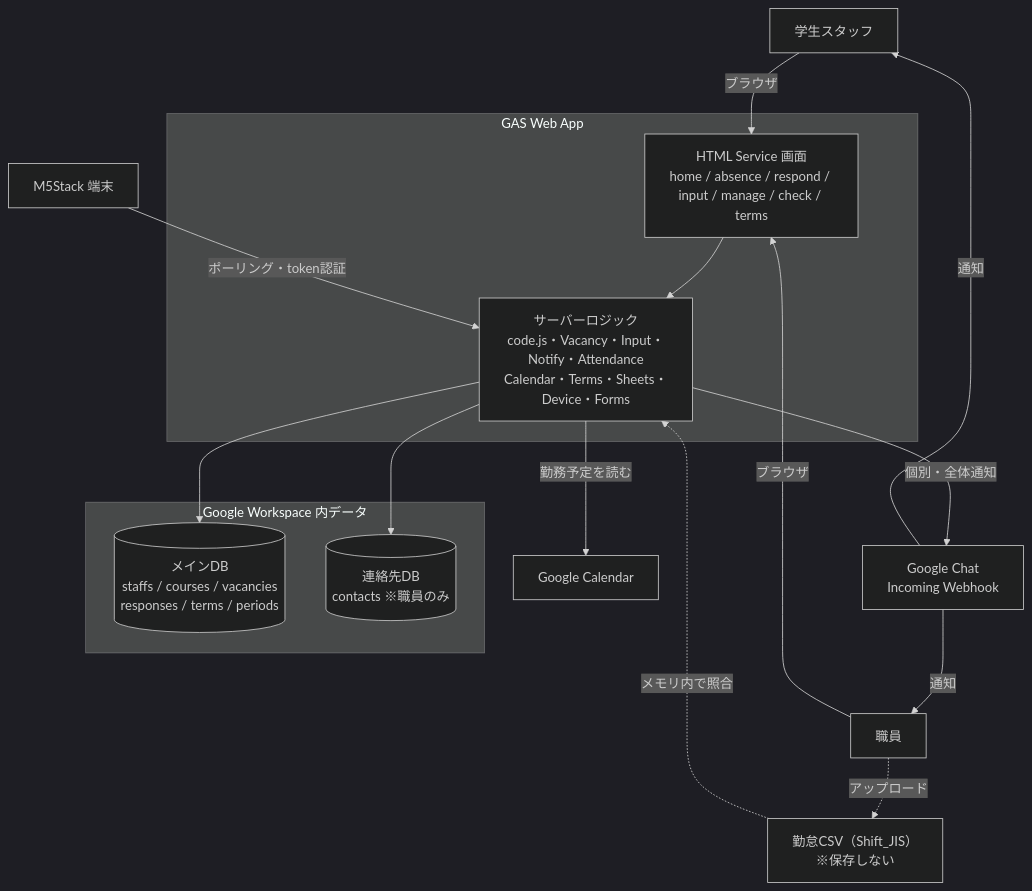
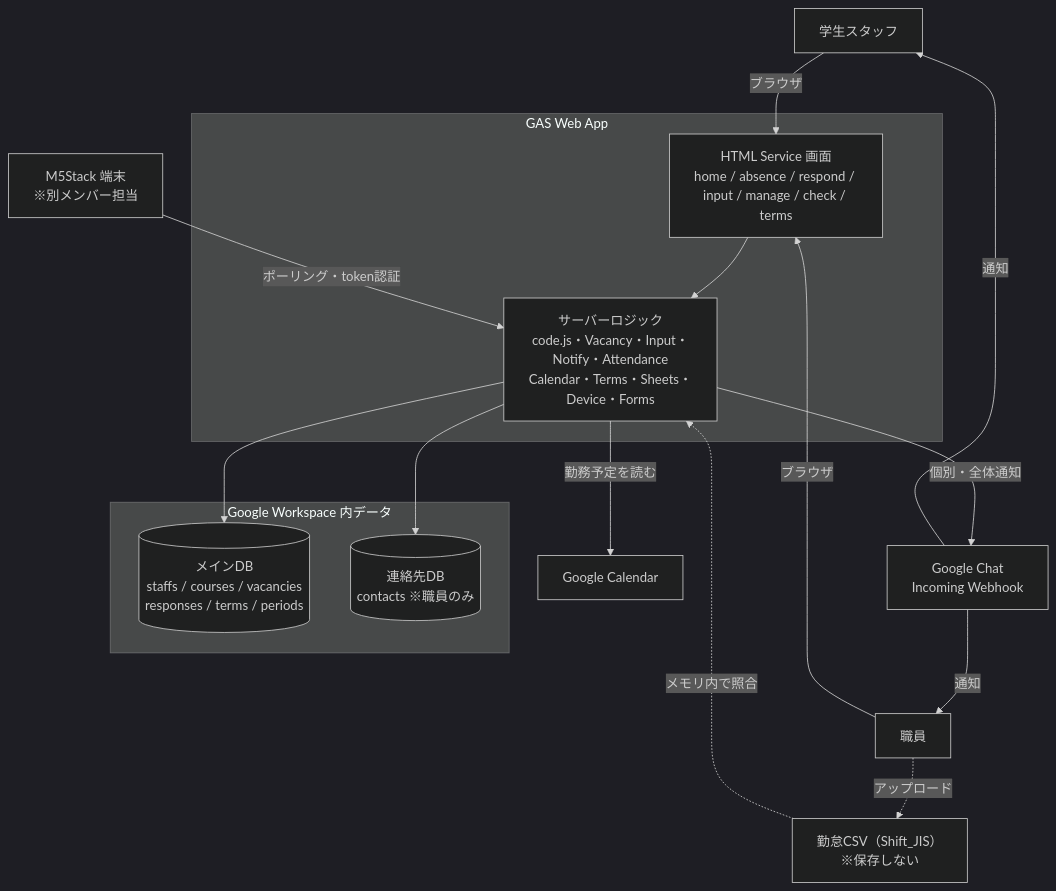
One commit to Nakano-official/takeover changed the second of 3 diagrams in README.md. Above: the diagram before and after it, drawn with Mermaid (dark theme). The commit also changed other lines of this file and 2 other files, not shown here.

````diff
--- a/README.md
+++ b/README.md
@@ -122,34 +122,34 @@
 ```mermaid
 flowchart TB
   S["学生スタッフ"]
   T["職員"]
-  D["M5Stack 端末"]
+  D["M5Stack 端末<br/>※別メンバー担当"]
 
   subgraph App["GAS Web App"]
     UI["HTML Service 画面<br/>home / absence / respond / input / manage / check / terms"]
     Logic["サーバーロジック<br/>code.js・Vacancy・Input・Notify・Attendance<br/>Calendar・Terms・Sheets・Device・Forms"]
     UI --> Logic
   end
 
   subgraph DataLayer["Google Workspace 内データ"]
     M[("メインDB<br/>staffs / courses / vacancies<br/>responses / terms / periods")]
     C[("連絡先DB<br/>contacts ※職員のみ")]
   end
 
   Chat["Google Chat<br/>Incoming Webhook"]
   Cal["Google Calendar"]
   CSV["勤怠CSV（Shift_JIS）<br/>※保存しない"]
 
   S -->|ブラウザ| UI
   T -->|ブラウザ| UI
   T -.->|アップロード| CSV
   D -->|ポーリング・token認証| Logic
 
   Logic --> M
   Logic --> C
   Logic -->|個別・全体通知| Chat
   Logic -->|勤務予定を読む| Cal
   CSV -.->|メモリ内で照合| Logic
   Chat -->|通知| S
   Chat -->|通知| T
 ```
````
